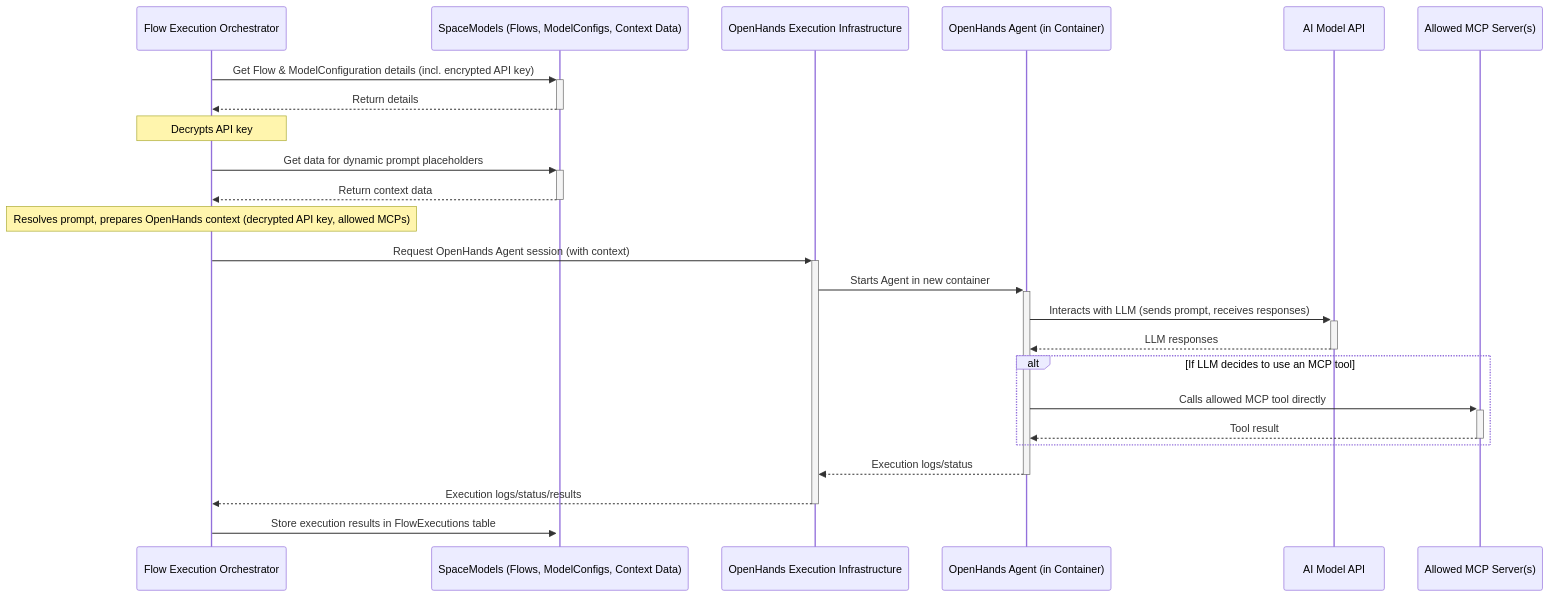
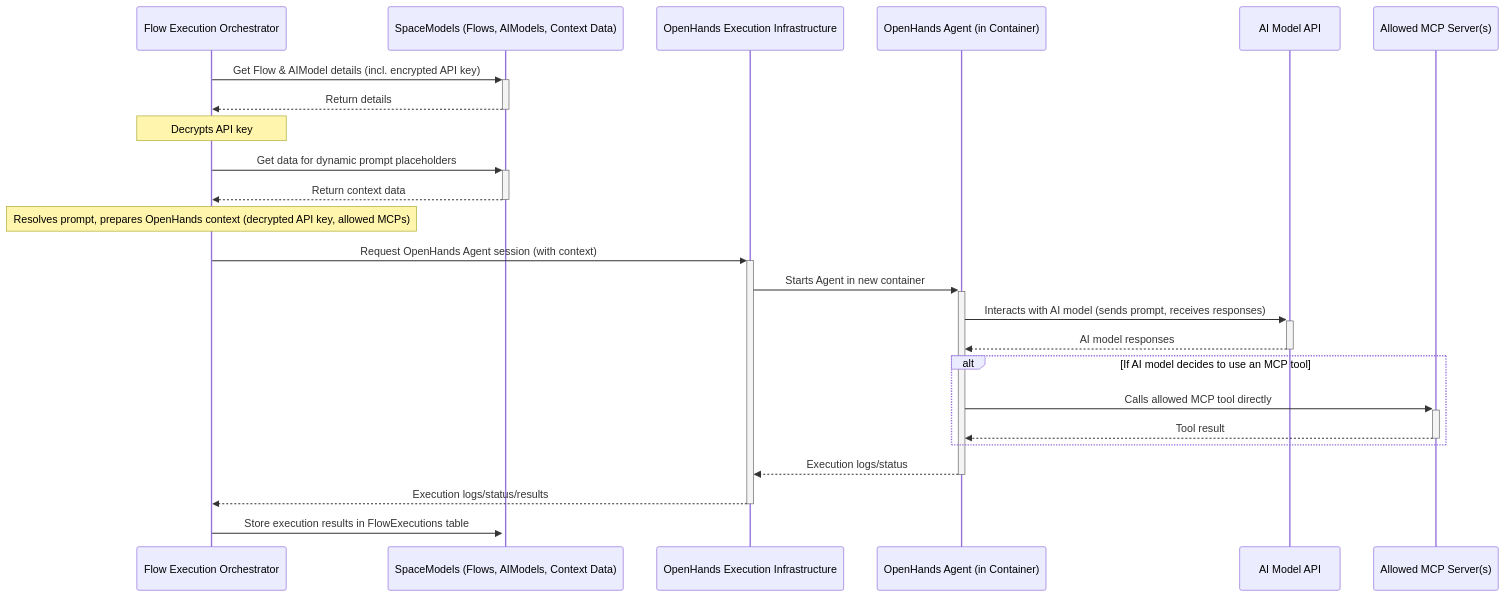
The fifth of 6 diagrams in ARCHITECTURE.md (GiorgosAlexakis/preloop), drawn with Mermaid before and after one commit. The commit also changed other lines of this file and 16 other files, not shown here.

Commit message:
Deprecate LLMModel & ModelConfiguration, replace with AIModel

````diff
--- a/ARCHITECTURE.md
+++ b/ARCHITECTURE.md
@@ -483,27 +483,27 @@
 ```mermaid
 sequenceDiagram
     participant FlowExecOrch as Flow Execution Orchestrator
-    participant ModelsDB as SpaceModels (Flows, ModelConfigs, Context Data)
+    participant ModelsDB as SpaceModels (Flows, AIModels, Context Data)
     participant OpenHandsInfra as OpenHands Execution Infrastructure
     participant OHAgent as OpenHands Agent (in Container)
-    participant LLM_API as AI Model API
+    participant AIModel_API as AI Model API
     participant MCP_Srv as Allowed MCP Server(s)
 
-    FlowExecOrch->>+ModelsDB: Get Flow & ModelConfiguration details (incl. encrypted API key)
+    FlowExecOrch->>+ModelsDB: Get Flow & AIModel details (incl. encrypted API key)
     ModelsDB-->>-FlowExecOrch: Return details
     Note over FlowExecOrch: Decrypts API key
     FlowExecOrch->>+ModelsDB: Get data for dynamic prompt placeholders
     ModelsDB-->>-FlowExecOrch: Return context data
     Note over FlowExecOrch: Resolves prompt, prepares OpenHands context (decrypted API key, allowed MCPs)
     FlowExecOrch->>+OpenHandsInfra: Request OpenHands Agent session (with context)
     OpenHandsInfra->>+OHAgent: Starts Agent in new container
-    OHAgent->>+LLM_API: Interacts with LLM (sends prompt, receives responses)
-    LLM_API-->>-OHAgent: LLM responses
-    alt If LLM decides to use an MCP tool
+    OHAgent->>+AIModel_API: Interacts with AI model (sends prompt, receives responses)
+    AIModel_API-->>-OHAgent: AI model responses
+    alt If AI model decides to use an MCP tool
         OHAgent->>+MCP_Srv: Calls allowed MCP tool directly
         MCP_Srv-->>-OHAgent: Tool result
     end
     OHAgent-->>-OpenHandsInfra: Execution logs/status
     OpenHandsInfra-->>-FlowExecOrch: Execution logs/status/results
     FlowExecOrch->>+ModelsDB: Store execution results in FlowExecutions table
 ```
````
